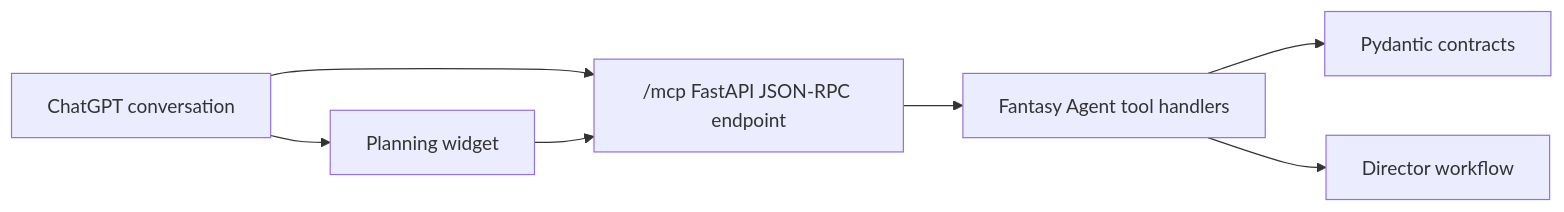
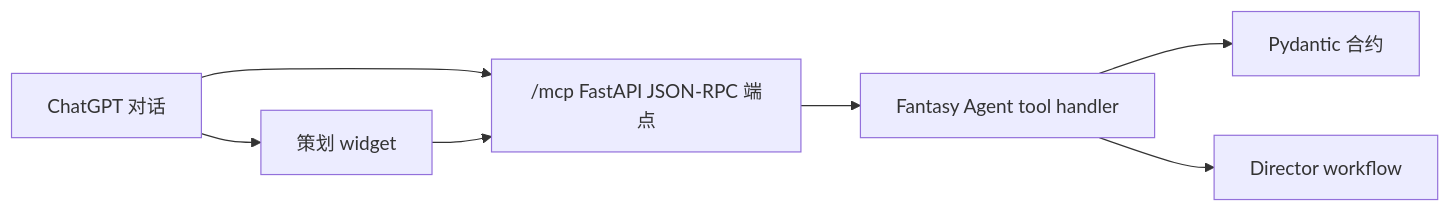
The diagram in docs/chatgpt-apps/workbench.md (tutict/Fantasy-Agent), drawn with Mermaid before and after one commit. The commit also changed other lines of this file and 43 other files, not shown here.

````diff
--- a/docs/chatgpt-apps/workbench.md
+++ b/docs/chatgpt-apps/workbench.md
@@ -9,16 +7,16 @@
 ```mermaid
 flowchart LR
-    ChatGPT["ChatGPT conversation"]
-    Widget["Planning widget"]
-    MCP["/mcp FastAPI JSON-RPC endpoint"]
-    Tools["Fantasy Agent tool handlers"]
-    Contracts["Pydantic contracts"]
+    ChatGPT["ChatGPT 对话"]
+    Widget["策划 widget"]
+    MCP["/mcp FastAPI JSON-RPC 端点"]
+    Tools["Fantasy Agent tool handler"]
+    Contracts["Pydantic 合约"]
     Workflow["Director workflow"]
 
     ChatGPT --> Widget
     ChatGPT --> MCP
     Widget --> MCP
     MCP --> Tools
     Tools --> Contracts
     Tools --> Workflow
 ```
````
